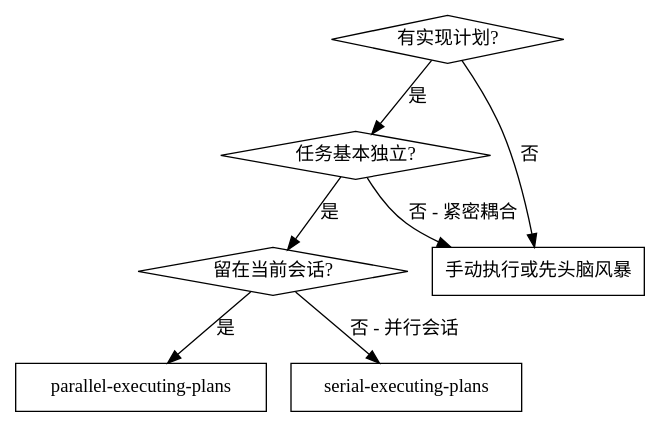
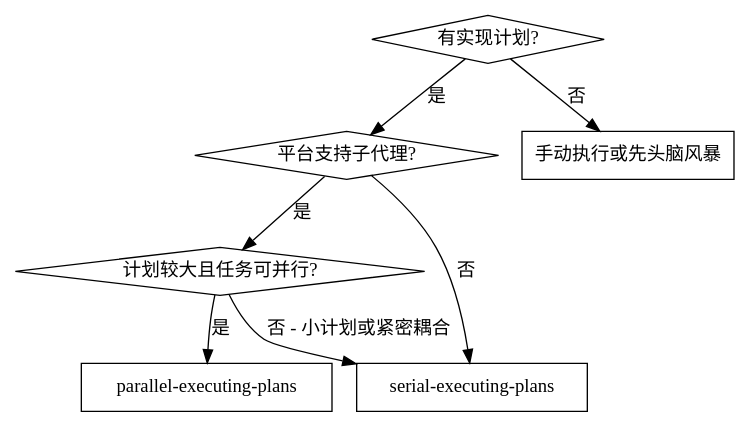
Before and after one commit to ShirlyTaylor73/superpowers-zh: the first of 2 diagrams in skills/parallel-executing-plans/SKILL.md, drawn with Graphviz. The commit also changed other lines of this file and 4 other files, not shown here.

````diff
--- a/skills/parallel-executing-plans/SKILL.md
+++ b/skills/parallel-executing-plans/SKILL.md
@@ -16,17 +16,17 @@
 ```dot
 digraph when_to_use {
     "有实现计划?" [shape=diamond];
-    "任务基本独立?" [shape=diamond];
-    "留在当前会话?" [shape=diamond];
+    "平台支持子代理?" [shape=diamond];
+    "计划较大且任务可并行?" [shape=diamond];
     "parallel-executing-plans" [shape=box];
     "serial-executing-plans" [shape=box];
     "手动执行或先头脑风暴" [shape=box];
 
-    "有实现计划?" -> "任务基本独立?" [label="是"];
+    "有实现计划?" -> "平台支持子代理?" [label="是"];
     "有实现计划?" -> "手动执行或先头脑风暴" [label="否"];
-    "任务基本独立?" -> "留在当前会话?" [label="是"];
-    "任务基本独立?" -> "手动执行或先头脑风暴" [label="否 - 紧密耦合"];
-    "留在当前会话?" -> "parallel-executing-plans" [label="是"];
-    "留在当前会话?" -> "serial-executing-plans" [label="否 - 并行会话"];
+    "平台支持子代理?" -> "计划较大且任务可并行?" [label="是"];
+    "平台支持子代理?" -> "serial-executing-plans" [label="否"];
+    "计划较大且任务可并行?" -> "parallel-executing-plans" [label="是"];
+    "计划较大且任务可并行?" -> "serial-executing-plans" [label="否 - 小计划或紧密耦合"];
 }
 ```
````
